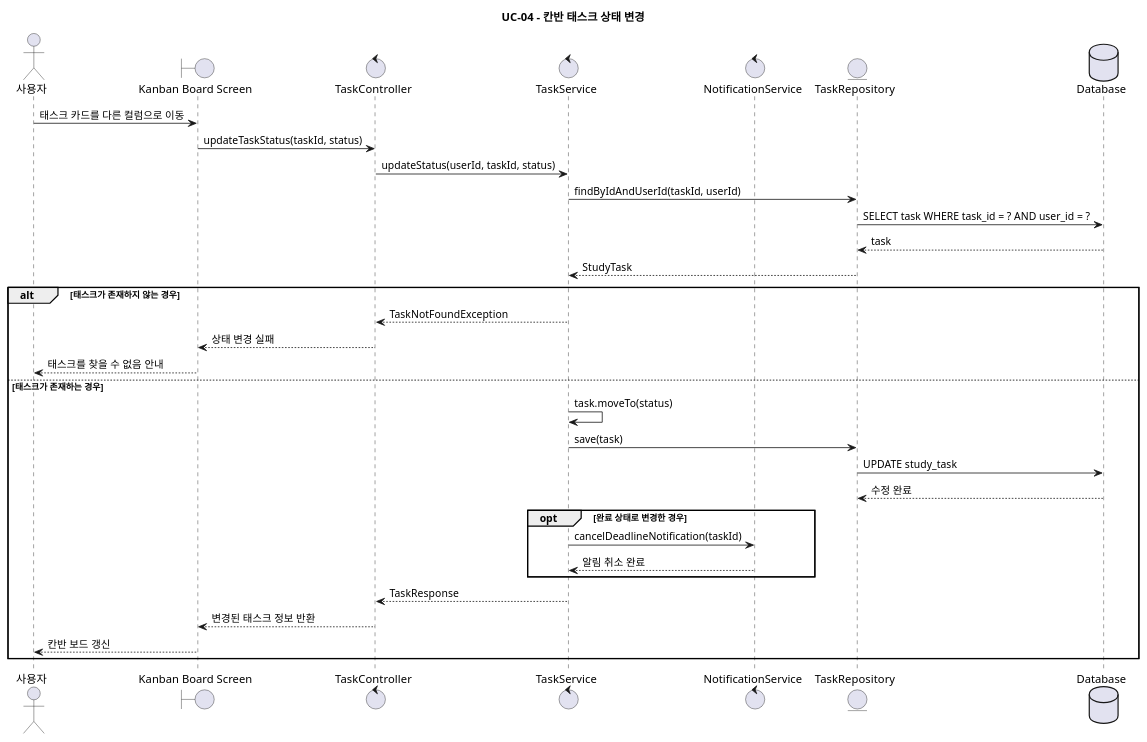
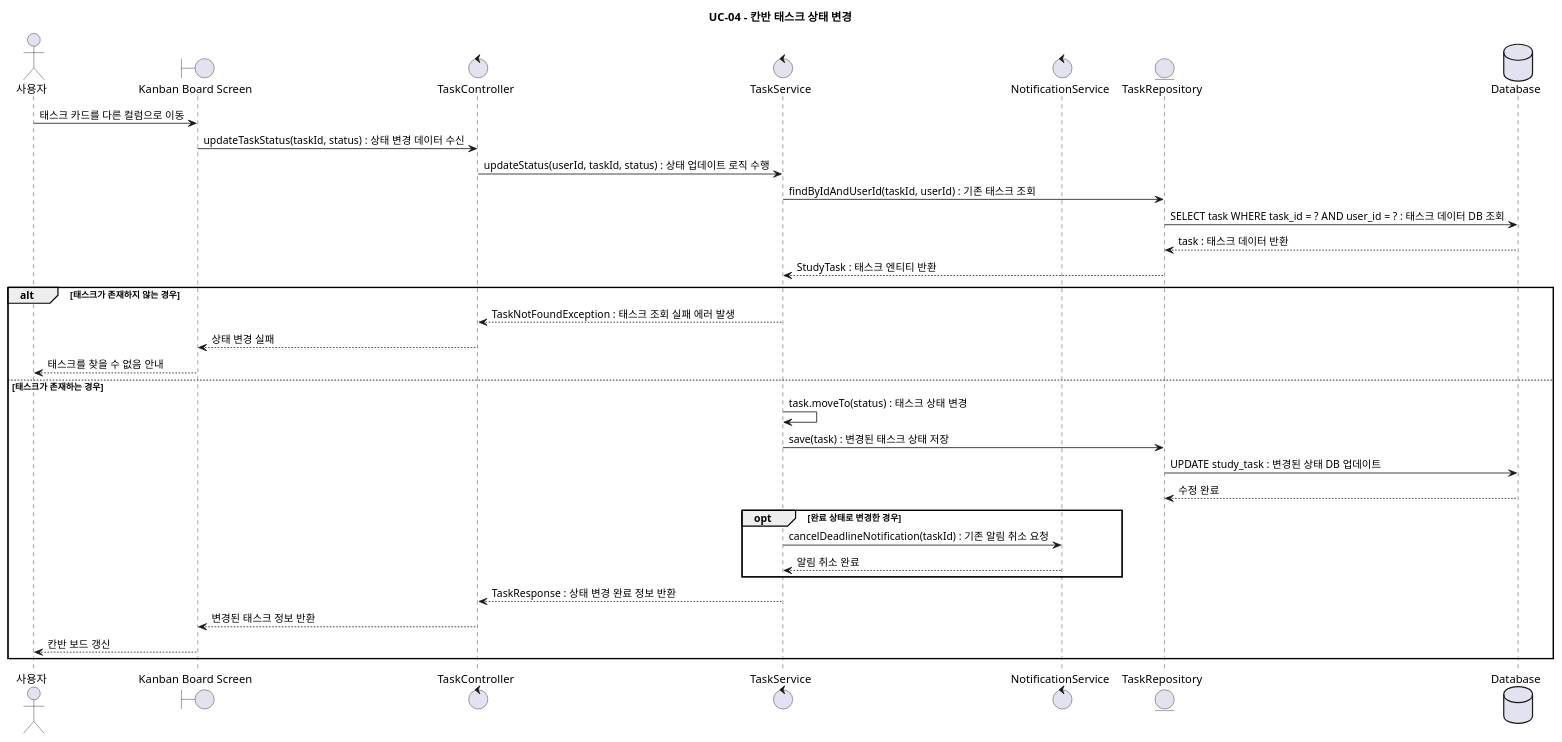
One commit to jeongiryang/SoftwareEngineering_team15_project_-Smart-Edu-Platform changed the third of 15 diagrams in docs/design/plantuml/sequence-diagrams.puml. Above: the diagram before and after it, drawn with PlantUML. The commit also changed other lines of this file and 18 other files, not shown here.

```diff
--- a/docs/design/plantuml/sequence-diagrams.puml
+++ b/docs/design/plantuml/sequence-diagrams.puml
@@ -106,40 +106,40 @@
 @startuml UC04_UpdateTaskStatus
 title UC-04 - 칸반 태스크 상태 변경
 
 actor "사용자" as User
 boundary "Kanban Board Screen" as UI
 control "TaskController" as TaskController
 control "TaskService" as TaskService
 control "NotificationService" as NotificationService
 entity "TaskRepository" as TaskRepository
 database "Database" as DB
 
 User -> UI: 태스크 카드를 다른 컬럼으로 이동
-UI -> TaskController: updateTaskStatus(taskId, status)
-TaskController -> TaskService: updateStatus(userId, taskId, status)
-TaskService -> TaskRepository: findByIdAndUserId(taskId, userId)
-TaskRepository -> DB: SELECT task WHERE task_id = ? AND user_id = ?
-DB --> TaskRepository: task
-TaskRepository --> TaskService: StudyTask
+UI -> TaskController: updateTaskStatus(taskId, status) : 상태 변경 데이터 수신
+TaskController -> TaskService: updateStatus(userId, taskId, status) : 상태 업데이트 로직 수행
+TaskService -> TaskRepository: findByIdAndUserId(taskId, userId) : 기존 태스크 조회
+TaskRepository -> DB: SELECT task WHERE task_id = ? AND user_id = ? : 태스크 데이터 DB 조회
+DB --> TaskRepository: task : 태스크 데이터 반환
+TaskRepository --> TaskService: StudyTask : 태스크 엔티티 반환
 
 alt 태스크가 존재하지 않는 경우
-  TaskService --> TaskController: TaskNotFoundException
+  TaskService --> TaskController: TaskNotFoundException : 태스크 조회 실패 에러 발생
   TaskController --> UI: 상태 변경 실패
   UI --> User: 태스크를 찾을 수 없음 안내
 else 태스크가 존재하는 경우
-  TaskService -> TaskService: task.moveTo(status)
-  TaskService -> TaskRepository: save(task)
-  TaskRepository -> DB: UPDATE study_task
+  TaskService -> TaskService: task.moveTo(status) : 태스크 상태 변경
+  TaskService -> TaskRepository: save(task) : 변경된 태스크 상태 저장
+  TaskRepository -> DB: UPDATE study_task : 변경된 상태 DB 업데이트
   DB --> TaskRepository: 수정 완료
 
   opt 완료 상태로 변경한 경우
-    TaskService -> NotificationService: cancelDeadlineNotification(taskId)
+    TaskService -> NotificationService: cancelDeadlineNotification(taskId) : 기존 알림 취소 요청
     NotificationService --> TaskService: 알림 취소 완료
   end
 
-  TaskService --> TaskController: TaskResponse
+  TaskService --> TaskController: TaskResponse : 상태 변경 완료 정보 반환
   TaskController --> UI: 변경된 태스크 정보 반환
   UI --> User: 칸반 보드 갱신
 end
 
 @enduml
```
